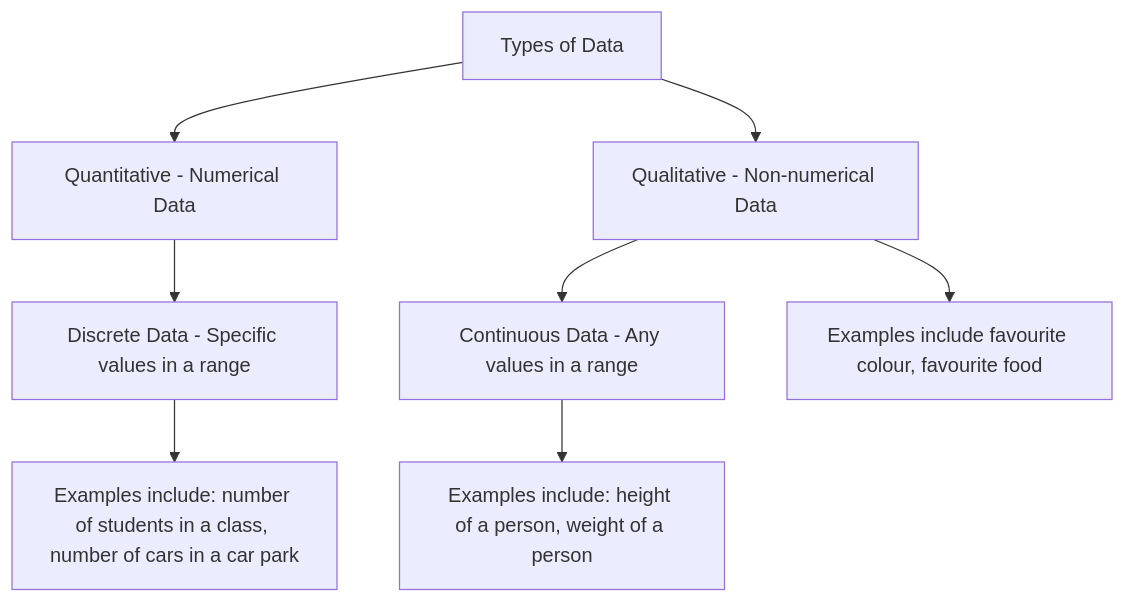
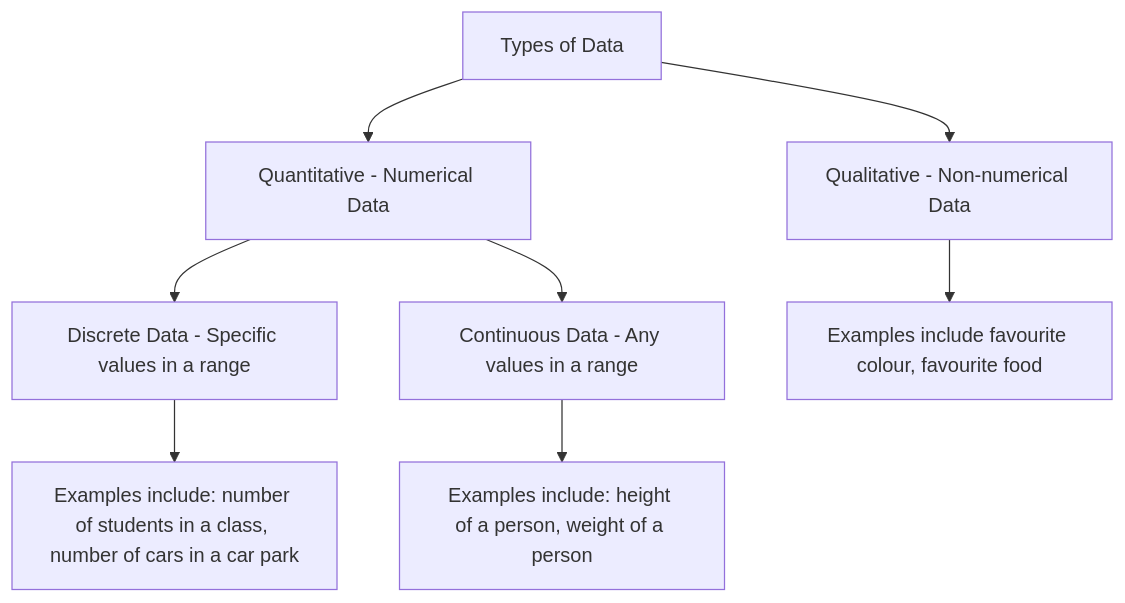
One commit to Ze7111/Notes changed the diagram in Statistics 1.md. Above: the diagram before and after it, drawn with Mermaid.

````diff
--- a/Statistics 1.md
+++ b/Statistics 1.md
@@ -33,10 +33,10 @@
 ```mermaid
 graph TD;
     A[Types of Data] --> B[Quantitative - Numerical Data];
+    B --> D[Discrete Data - Specific values in a range];
+    D --> F[Examples include: number of students in a class, number of cars in a car park];
+    B --> E[Continuous Data - Any values in a range];
+    E --> G[Examples include: height of a person, weight of a person];
     A --> C[Qualitative - Non-numerical Data];
-    B --> D[Discrete Data - Specific values in a range];
-    C --> E[Continuous Data - Any values in a range];
-    D --> F[Examples include: number of students in a class, number of cars in a car park];
-    E --> G[Examples include: height of a person, weight of a person];
     C --> H[Examples include favourite colour, favourite food];
 ```
````
